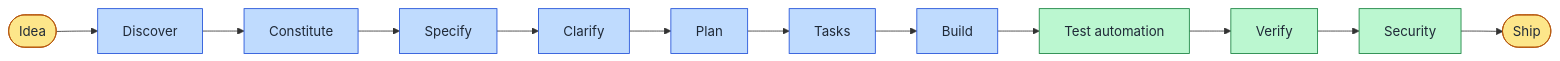
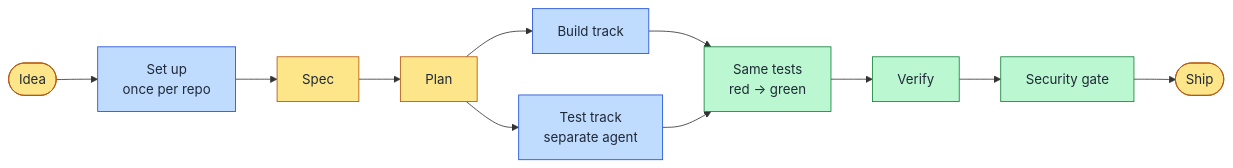
Before and after one commit to ashishmohanty-99/spec-driven-development: the diagram in wiki/Home.md, drawn with Mermaid. The commit also changed other lines of this file and 10 other files, not shown here.

````diff
--- a/wiki/Home.md
+++ b/wiki/Home.md
@@ -5,21 +5,16 @@
 ```mermaid
 flowchart LR
-    A([Idea]) --> B[Discover]
-    B --> C[Constitute]
-    C --> D[Specify]
-    D --> E[Clarify]
-    E --> F[Plan]
-    F --> G[Tasks]
-    G --> H[Build]
-    H --> I[Test automation]
-    I --> J[Verify]
-    J --> K[Security]
-    K --> L([Ship])
-
+    I([Idea]) --> SU[Set up<br/>once per repo]
+    SU --> SP[Spec] --> PL[Plan]
+    PL --> BT[Build track]
+    PL --> TT[Test track<br/>separate agent]
+    BT --> J[Same tests<br/>red → green]
+    TT --> J
+    J --> V[Verify] --> SE[Security gate] --> SH([Ship])
     classDef human fill:#fde68a,stroke:#b45309,color:#1f2937
     classDef agent fill:#bfdbfe,stroke:#1d4ed8,color:#1f2937
     classDef tool fill:#bbf7d0,stroke:#15803d,color:#1f2937
-    class A,L human
-    class B,C,D,E,F,G,H agent
-    class I,J,K tool
+    class I,SP,PL,SH human
+    class SU,BT,TT agent
+    class J,V,SE tool
 ```
````
